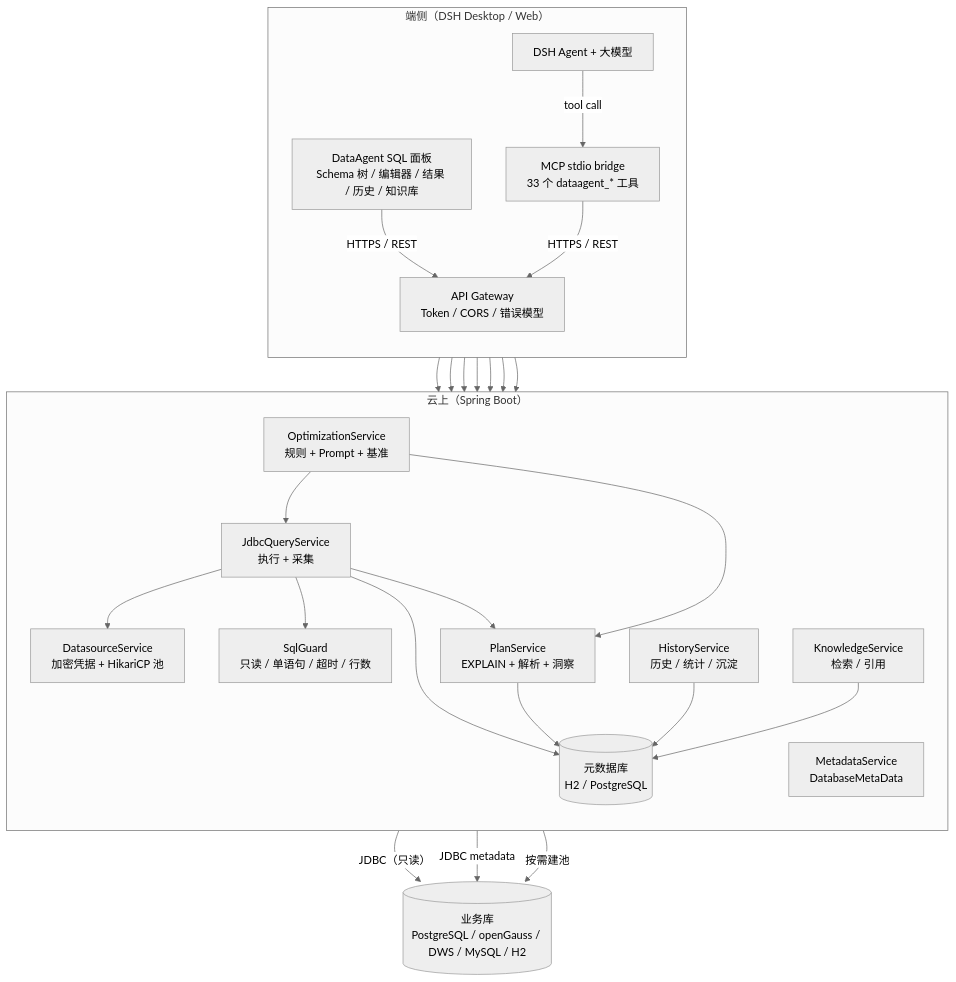
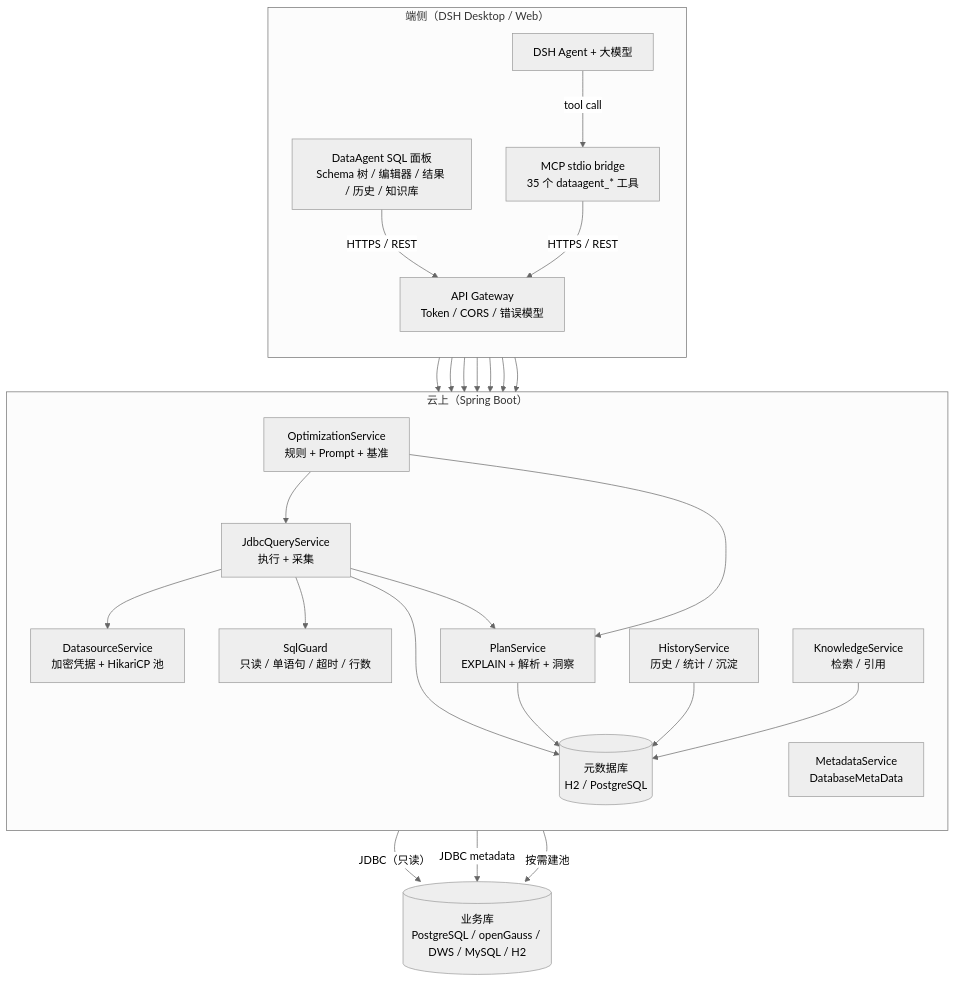
One commit to whllowp/DataAgent changed the first of 6 diagrams in docs/ARCHITECTURE.md. Above: the diagram before and after it, drawn with Mermaid (neutral theme). The commit also changed other lines of this file and 43 other files, not shown here.

````diff
--- a/docs/ARCHITECTURE.md
+++ b/docs/ARCHITECTURE.md
@@ -25,47 +25,47 @@
 ```mermaid
 flowchart TB
   subgraph Edge["端侧（DSH Desktop / Web）"]
     direction TB
     Panel["DataAgent SQL 面板<br/>Schema 树 / 编辑器 / 结果 / 历史 / 知识库"]
     DSH["DSH Agent + 大模型"]
-    MCP["MCP stdio bridge<br/>33 个 dataagent_* 工具"]
+    MCP["MCP stdio bridge<br/>35 个 dataagent_* 工具"]
     Panel -->|"HTTPS / REST"| Gateway
     DSH -->|"tool call"| MCP
     MCP -->|"HTTPS / REST"| Gateway
   end
 
   subgraph Cloud["云上（Spring Boot）"]
     direction TB
     Gateway["API Gateway<br/>Token / CORS / 错误模型"]
     DS["DatasourceService<br/>加密凭据 + HikariCP 池"]
     Meta["MetadataService<br/>DatabaseMetaData"]
     Guard["SqlGuard<br/>只读 / 单语句 / 超时 / 行数"]
     Exec["JdbcQueryService<br/>执行 + 采集"]
     Plan["PlanService<br/>EXPLAIN + 解析 + 洞察"]
     Hist["HistoryService<br/>历史 / 统计 / 沉淀"]
     KB["KnowledgeService<br/>检索 / 引用"]
     Opt["OptimizationService<br/>规则 + Prompt + 基准"]
     Store[("元数据库<br/>H2 / PostgreSQL")]
     Gateway --> DS
     Gateway --> Meta
     Gateway --> Guard
     Gateway --> Exec
     Gateway --> Hist
     Gateway --> KB
     Gateway --> Opt
     Exec --> Guard
     Exec --> DS
     Exec --> Plan
     Exec --> Store
     Plan --> Store
     Hist --> Store
     KB --> Store
     Opt --> Exec
     Opt --> Plan
   end
 
   DB[("业务库<br/>PostgreSQL / openGauss / DWS / MySQL / H2")]
   Exec -->|"JDBC（只读）"| DB
   Meta -->|"JDBC metadata"| DB
   DS -->|"按需建池"| DB
 ```
````
